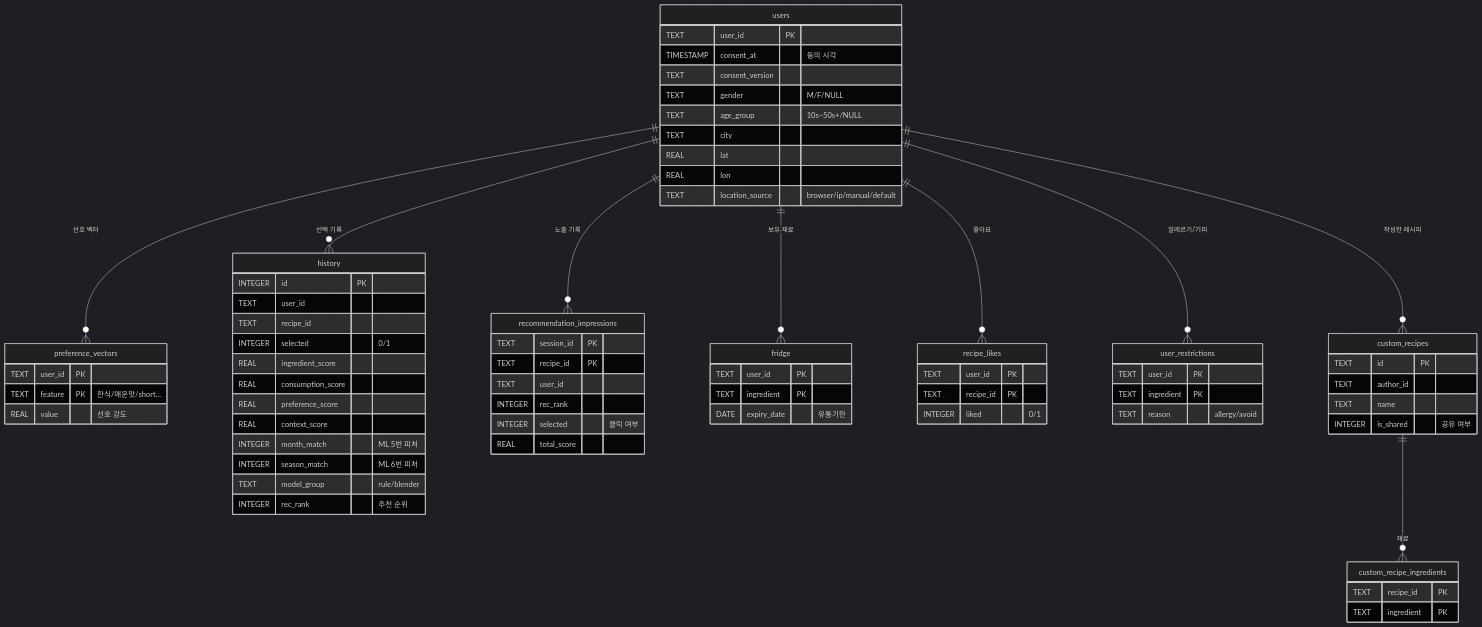
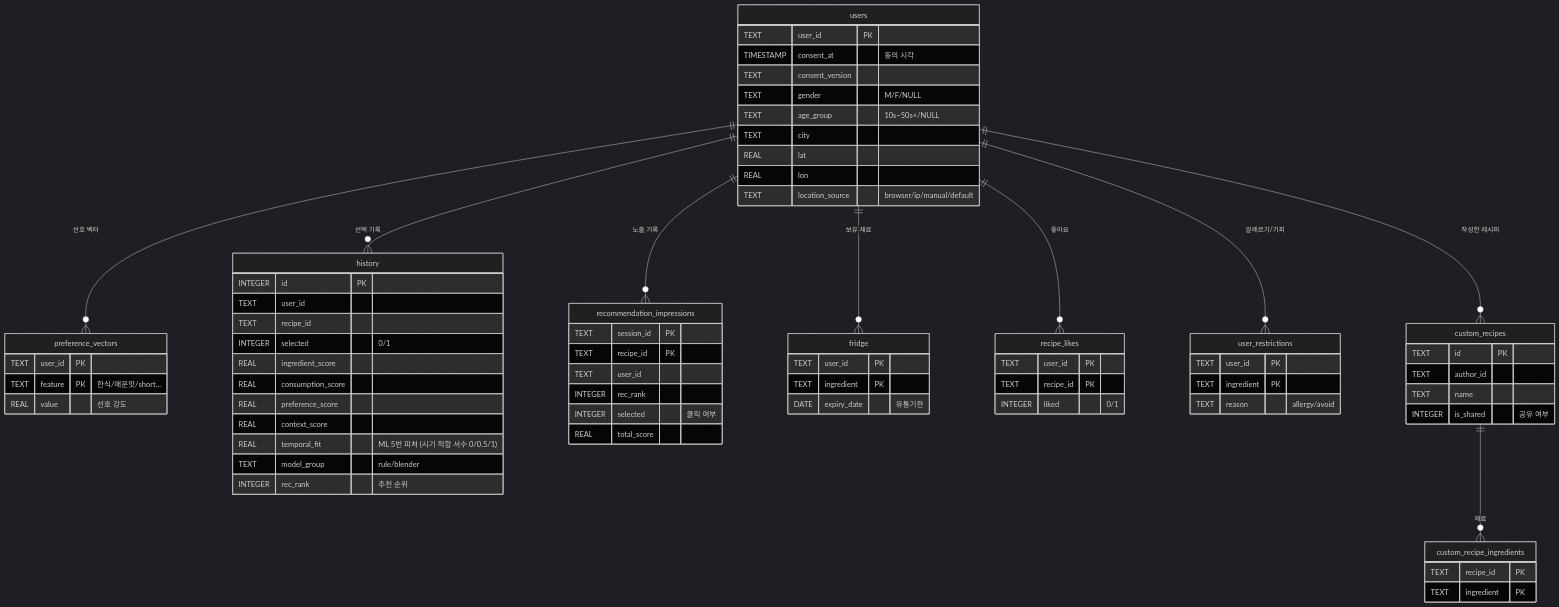
One commit to gangdonggilstudy/fridge-recipe-recommender changed the second of 2 diagrams in docs/05_data_model.md. Above: the diagram before and after it, drawn with Mermaid (dark theme). The commit also changed other lines of this file and 10 other files, not shown here.

First line of the commit message:
docs: temporal_fit(시기 적합 서수) 통합에 맞춰 문서·주석 전수 갱신

````diff
--- a/docs/05_data_model.md
+++ b/docs/05_data_model.md
@@ -42,75 +42,74 @@
 ```mermaid
 erDiagram
     users ||--o{ preference_vectors : "선호 벡터"
     users ||--o{ history : "선택 기록"
     users ||--o{ recommendation_impressions : "노출 기록"
     users ||--o{ fridge : "보유 재료"
     users ||--o{ recipe_likes : "좋아요"
     users ||--o{ user_restrictions : "알레르기/기피"
     users ||--o{ custom_recipes : "작성한 레시피"
     custom_recipes ||--o{ custom_recipe_ingredients : "재료"
 
     users {
         TEXT user_id PK
         TIMESTAMP consent_at "동의 시각"
         TEXT consent_version
         TEXT gender "M/F/NULL"
         TEXT age_group "10s~50s+/NULL"
         TEXT city
         REAL lat
         REAL lon
         TEXT location_source "browser/ip/manual/default"
     }
     preference_vectors {
         TEXT user_id PK
         TEXT feature PK "한식/매운맛/short..."
         REAL value "선호 강도"
     }
     fridge {
         TEXT user_id PK
         TEXT ingredient PK
         DATE expiry_date "유통기한"
     }
     history {
         INTEGER id PK
         TEXT user_id
         TEXT recipe_id
         INTEGER selected "0/1"
         REAL ingredient_score
         REAL consumption_score
         REAL preference_score
         REAL context_score
-        INTEGER month_match "ML 5번 피처"
-        INTEGER season_match "ML 6번 피처"
+        REAL temporal_fit "ML 5번 피처 (시기 적합 서수 0/0.5/1)"
         TEXT model_group "rule/blender"
         INTEGER rec_rank "추천 순위"
     }
     recommendation_impressions {
         TEXT session_id PK
         TEXT recipe_id PK
         TEXT user_id
         INTEGER rec_rank
         INTEGER selected "클릭 여부"
         REAL total_score
     }
     recipe_likes {
         TEXT user_id PK
         TEXT recipe_id PK
         INTEGER liked "0/1"
     }
     user_restrictions {
         TEXT user_id PK
         TEXT ingredient PK
         TEXT reason "allergy/avoid"
     }
     custom_recipes {
         TEXT id PK
         TEXT author_id
         TEXT name
         INTEGER is_shared "공유 여부"
     }
     custom_recipe_ingredients {
         TEXT recipe_id PK
         TEXT ingredient PK
     }
 ```
````
